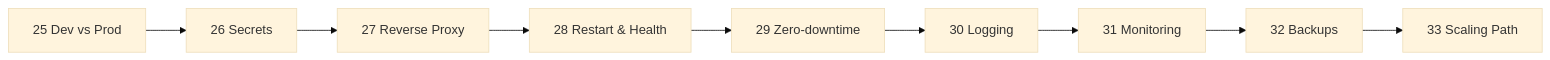
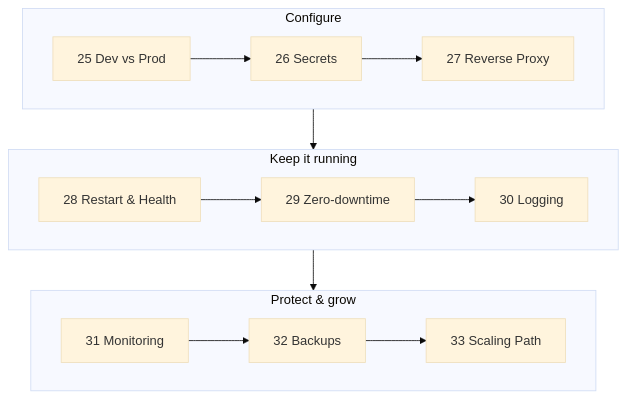
One commit to wesamkhateeb98-creator/docker-zero-to-production changed the diagram in docs/07-deployment/README.md. Above: the diagram before and after it, drawn with Mermaid (base theme). The commit also changed 4 other files, not shown here.

First line of the commit message:
Fix README layout: readable diagrams and collapsible doc index

````diff
--- a/docs/07-deployment/README.md
+++ b/docs/07-deployment/README.md
@@ -5,6 +5,16 @@
 ```mermaid
-flowchart LR
-    A["25 Dev vs Prod"] --> B["26 Secrets"] --> C["27 Reverse Proxy"]
-    C --> D["28 Restart & Health"] --> E["29 Zero-downtime"]
-    E --> F["30 Logging"] --> G["31 Monitoring"] --> H["32 Backups"] --> I["33 Scaling Path"]
+flowchart TB
+    subgraph C1["Configure"]
+        direction LR
+        A["25 Dev vs Prod"] --> B["26 Secrets"] --> C["27 Reverse Proxy"]
+    end
+    subgraph C2["Keep it running"]
+        direction LR
+        D["28 Restart & Health"] --> E["29 Zero-downtime"] --> F["30 Logging"]
+    end
+    subgraph C3["Protect & grow"]
+        direction LR
+        G["31 Monitoring"] --> H["32 Backups"] --> I["33 Scaling Path"]
+    end
+    C1 --> C2 --> C3
 ```
````
